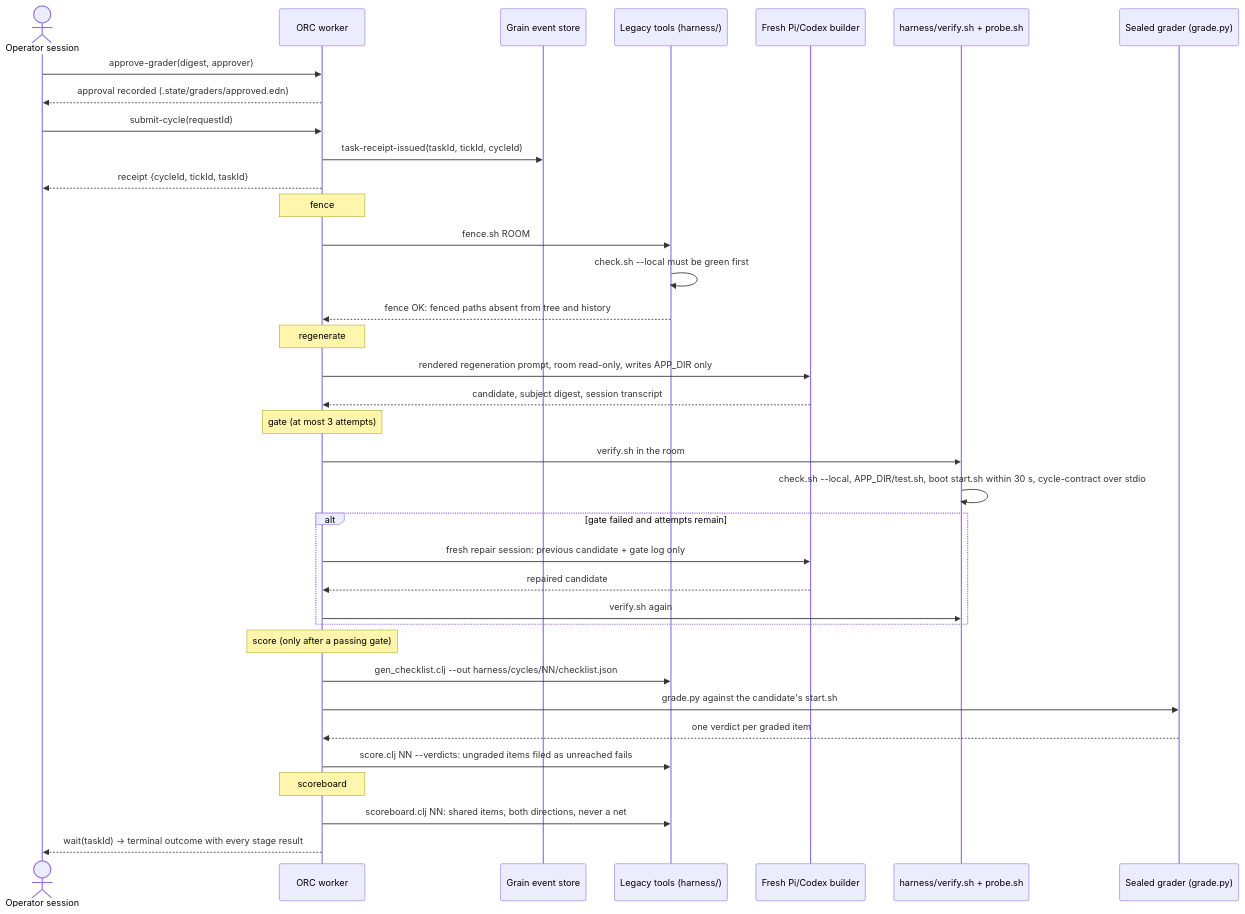
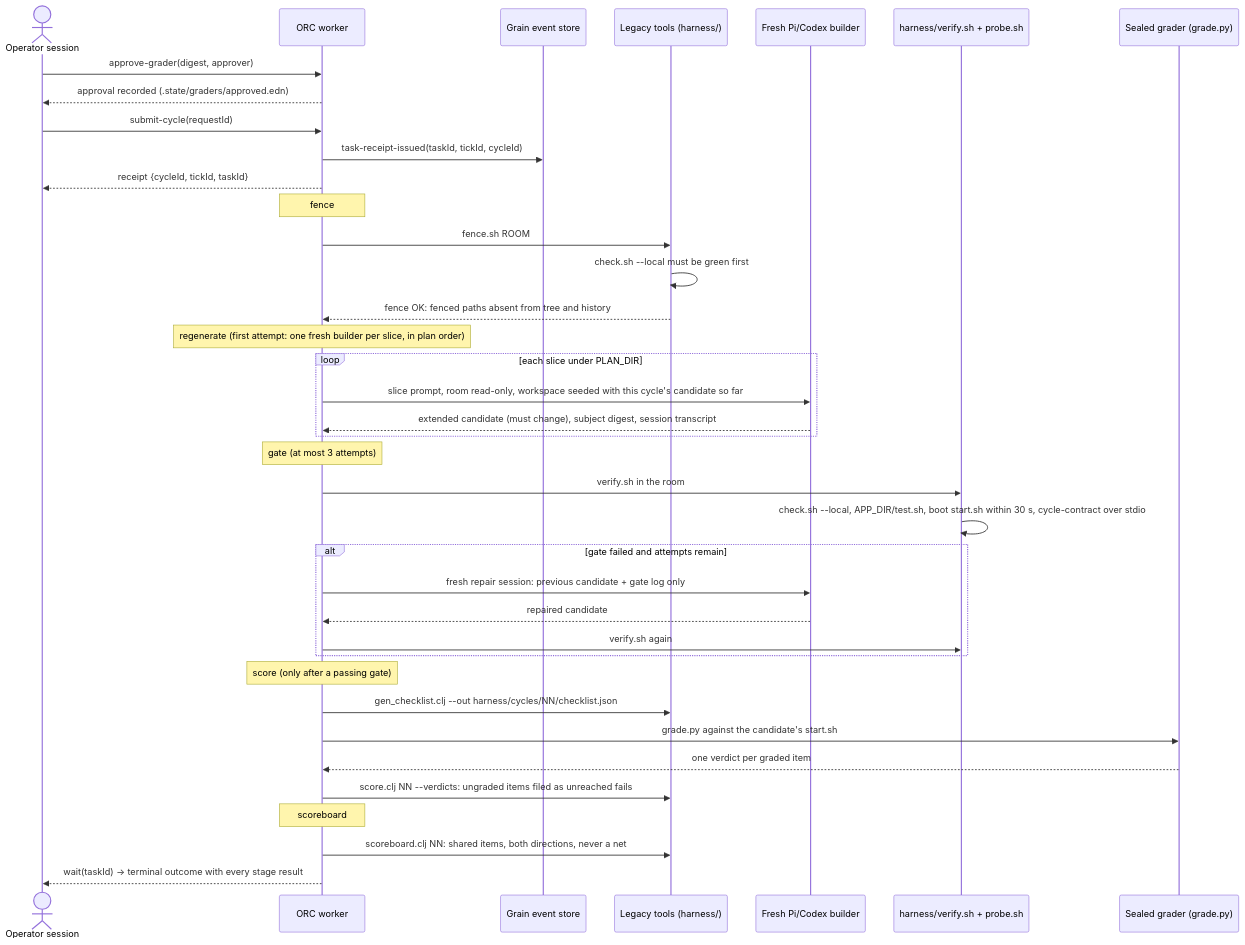
The third of 6 diagrams in .pi/architecture.md (scope-impact/loyly), drawn with Mermaid before and after one commit. The commit also changed other lines of this file and 2 other files, not shown here.

First line of the commit message:
Regenerate one slice per fresh builder, in plan order

````diff
--- a/.pi/architecture.md
+++ b/.pi/architecture.md
@@ -198,39 +199,41 @@
 ```mermaid
 sequenceDiagram
     actor Operator as Operator session
     participant ORC as ORC worker
     participant Grain as Grain event store
     participant Tools as Legacy tools (harness/)
     participant Builder as Fresh Pi/Codex builder
     participant Gate as harness/verify.sh + probe.sh
     participant Grader as Sealed grader (grade.py)
 
     Operator->>ORC: approve-grader(digest, approver)
     ORC-->>Operator: approval recorded (.state/graders/approved.edn)
     Operator->>ORC: submit-cycle(requestId)
     ORC->>Grain: task-receipt-issued(taskId, tickId, cycleId)
     ORC-->>Operator: receipt {cycleId, tickId, taskId}
     Note over ORC: fence
     ORC->>Tools: fence.sh ROOM
     Tools->>Tools: check.sh --local must be green first
     Tools-->>ORC: fence OK: fenced paths absent from tree and history
-    Note over ORC: regenerate
-    ORC->>Builder: rendered regeneration prompt, room read-only, writes APP_DIR only
-    Builder-->>ORC: candidate, subject digest, session transcript
+    Note over ORC: regenerate (first attempt: one fresh builder per slice, in plan order)
+    loop each slice under PLAN_DIR
+        ORC->>Builder: slice prompt, room read-only, workspace seeded with this cycle's candidate so far
+        Builder-->>ORC: extended candidate (must change), subject digest, session transcript
+    end
     Note over ORC: gate (at most 3 attempts)
     ORC->>Gate: verify.sh in the room
     Gate->>Gate: check.sh --local, APP_DIR/test.sh, boot start.sh within 30 s, cycle-contract over stdio
     alt gate failed and attempts remain
         ORC->>Builder: fresh repair session: previous candidate + gate log only
         Builder-->>ORC: repaired candidate
         ORC->>Gate: verify.sh again
     end
     Note over ORC: score (only after a passing gate)
     ORC->>Tools: gen_checklist.clj --out harness/cycles/NN/checklist.json
     ORC->>Grader: grade.py against the candidate's start.sh
     Grader-->>ORC: one verdict per graded item
     ORC->>Tools: score.clj NN --verdicts: ungraded items filed as unreached fails
     Note over ORC: scoreboard
     ORC->>Tools: scoreboard.clj NN: shared items, both directions, never a net
     ORC-->>Operator: wait(taskId) → terminal outcome with every stage result
 ```
````
